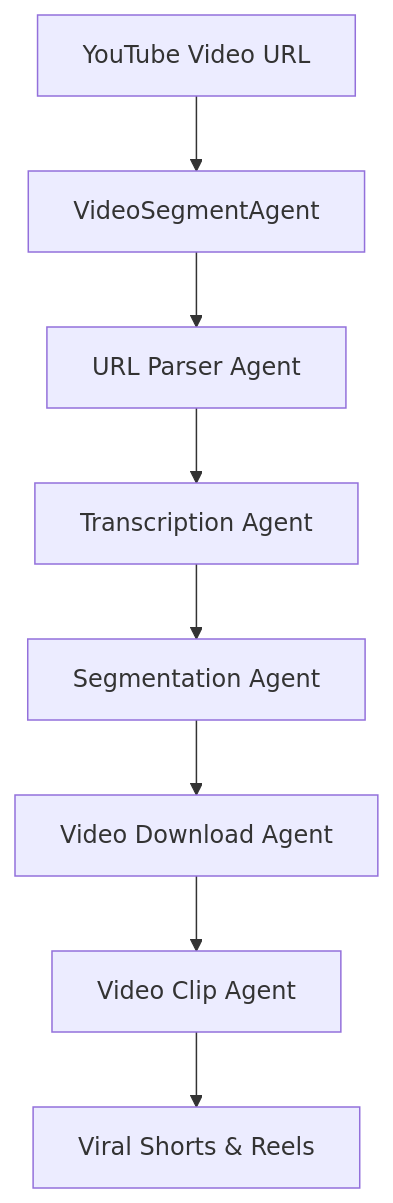
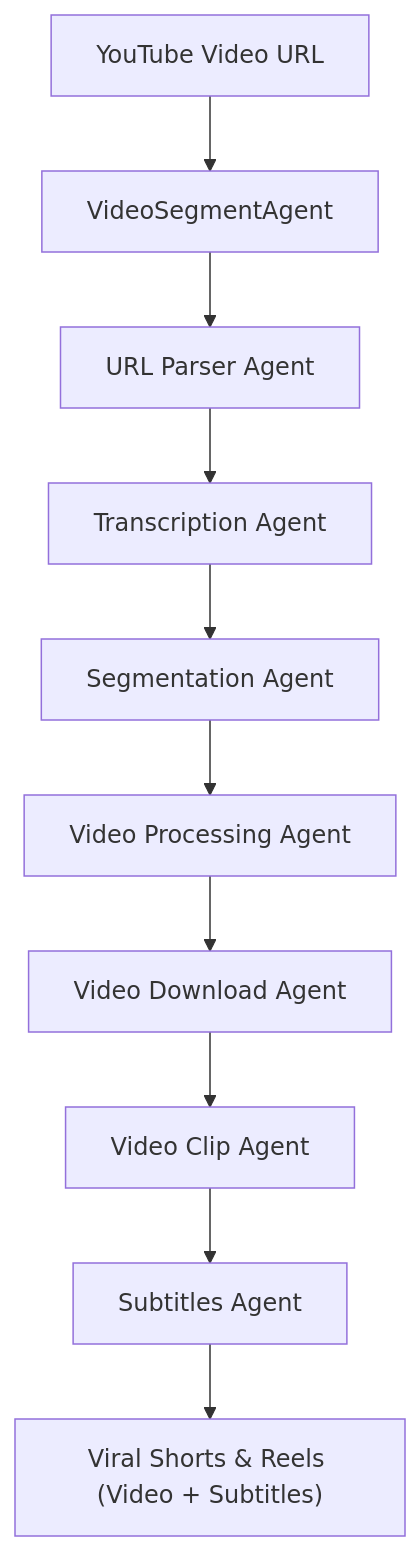
Before and after one commit to dyingpotato890/frame-ai: the diagram in README.md, drawn with Mermaid. The commit also changed other lines of this file, not shown here.

````diff
--- a/README.md
+++ b/README.md
@@ -28,10 +35,12 @@
 ```mermaid
 flowchart TD
     A[YouTube Video URL] --> B[VideoSegmentAgent]
     B --> C[URL Parser Agent]
     C --> D[Transcription Agent]
     D --> E[Segmentation Agent]
-    E --> F[Video Download Agent]
-    F --> G[Video Clip Agent]
-    G --> H[Viral Shorts & Reels]
+    E --> F[Video Processing Agent]
+    F --> F1[Video Download Agent]
+    F1 --> F2[Video Clip Agent]
+    F2 --> F3[Subtitles Agent]
+    F3 --> H["Viral Shorts & Reels (Video + Subtitles)"]
 ```
````
